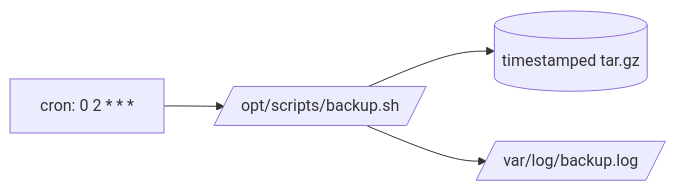
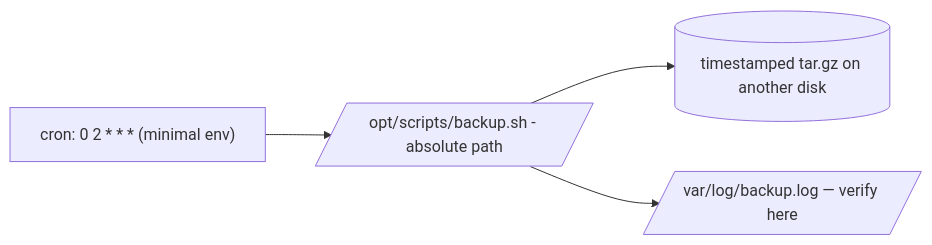
Before and after one commit to cloud-prakhar/learning-linux: the diagram in 11-automation-and-cron/scheduled-backup-example.md, drawn with Mermaid. The commit also changed other lines of this file and 69 other files, not shown here.

````diff
--- a/11-automation-and-cron/scheduled-backup-example.md
+++ b/11-automation-and-cron/scheduled-backup-example.md
@@ -29,6 +36,6 @@
 ```mermaid
 flowchart LR
-    Cron[cron: 0 2 * * *] --> Script[/opt/scripts/backup.sh/]
-    Script --> Archive[(timestamped tar.gz)]
-    Script --> Log[/var/log/backup.log/]
+    Cron["cron: 0 2 * * * (minimal env)"] --> Script[/opt/scripts/backup.sh - absolute path/]
+    Script --> Archive[(timestamped tar.gz on another disk)]
+    Script --> Log[/var/log/backup.log — verify here/]
 ```
````
